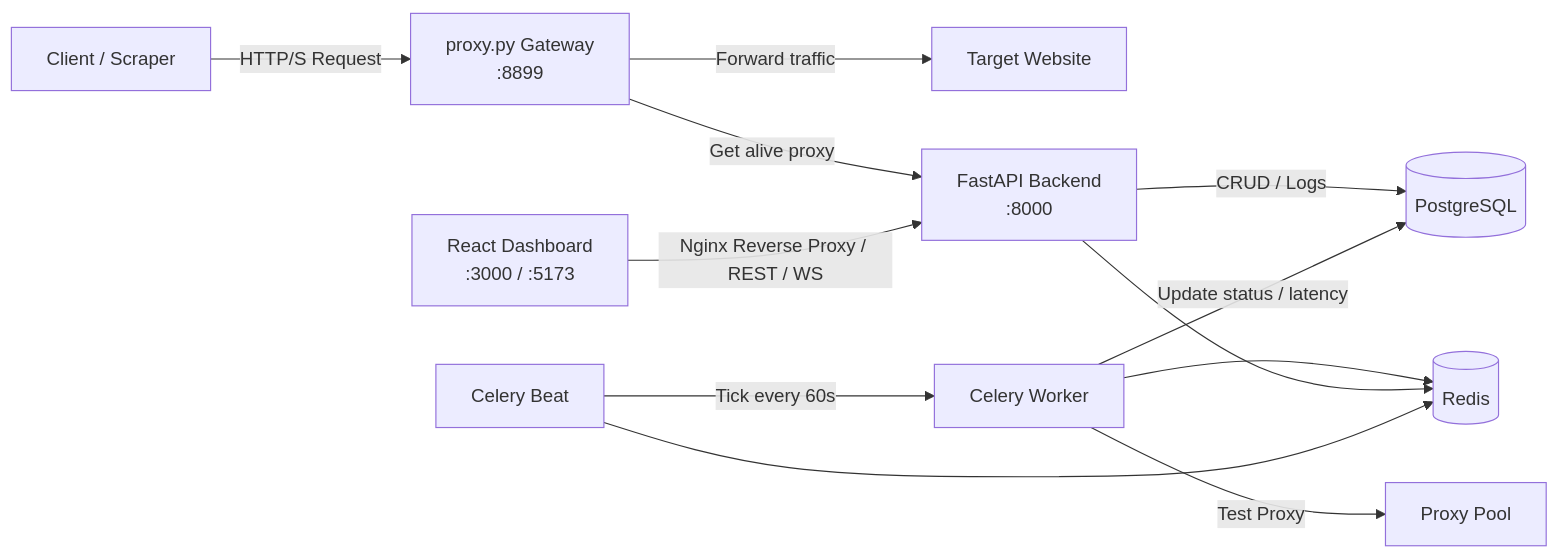
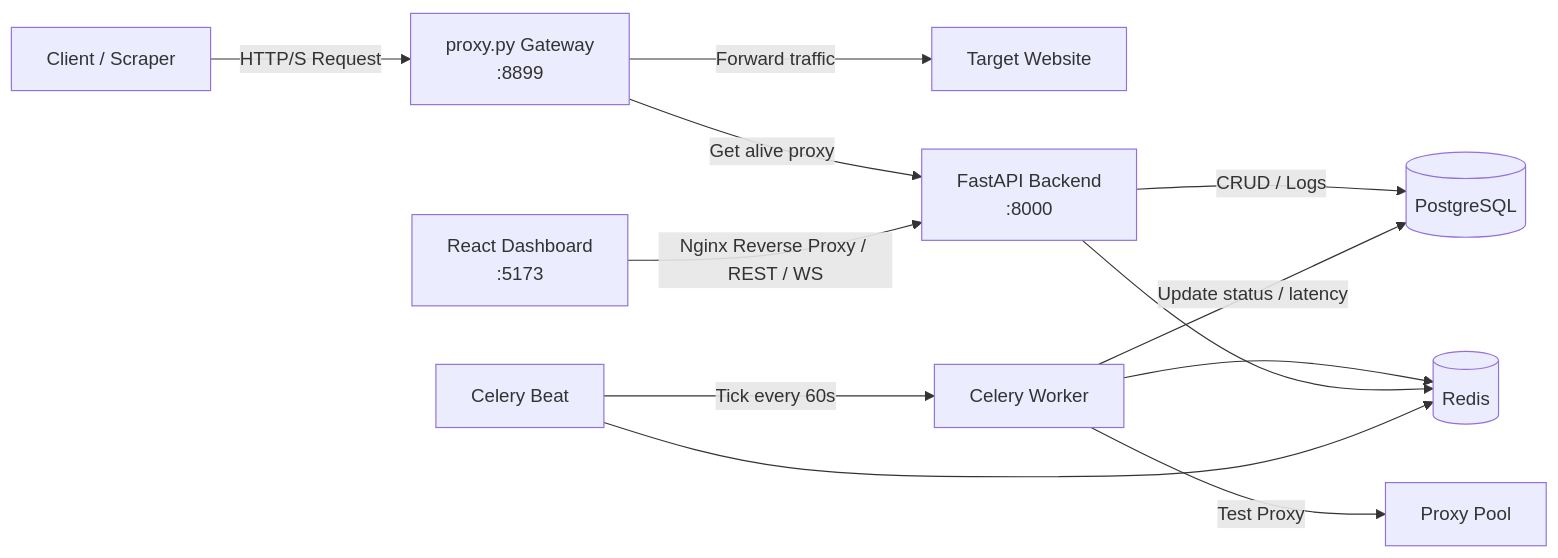
The diagram in README.md (ngotuananh101/proxyhub), drawn with Mermaid before and after one commit. The commit also changed other lines of this file and 13 other files, not shown here.

````diff
--- a/README.md
+++ b/README.md
@@ -68,16 +68,16 @@
 ```mermaid
 flowchart LR
     C[Client / Scraper] -->|HTTP/S Request| G[proxy.py Gateway<br/>:8899]
     G -->|Forward traffic| T[Target Website]
     G -->|Get alive proxy| B[FastAPI Backend<br/>:8000]
 
-    R[React Dashboard<br/>:3000 / :5173] -->|Nginx Reverse Proxy / REST / WS| B
+    R[React Dashboard<br/>:5173] -->|Nginx Reverse Proxy / REST / WS| B
     B -->|CRUD / Logs| D[(PostgreSQL)]
 
     CB[Celery Beat] -->|Tick every 60s| CW[Celery Worker]
     CW -->|Test Proxy| P[Proxy Pool]
     CW -->|Update status / latency| D
     CW --> BR[(Redis)]
     B --> BR
     CB --> BR
 ```
````
